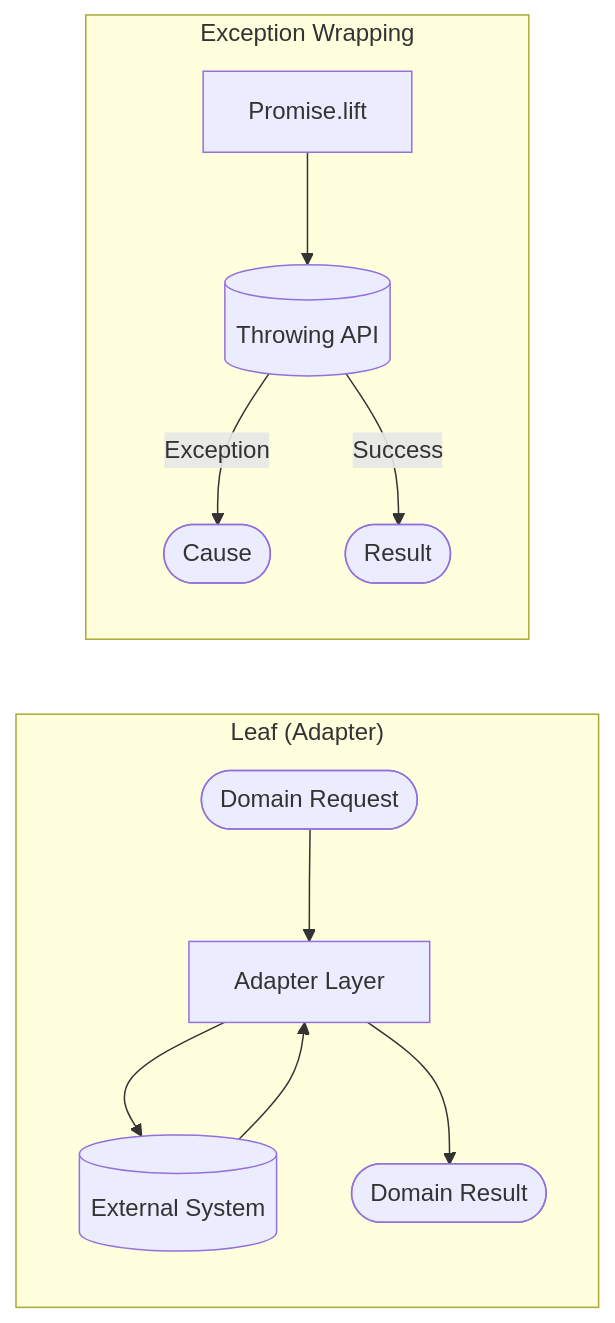
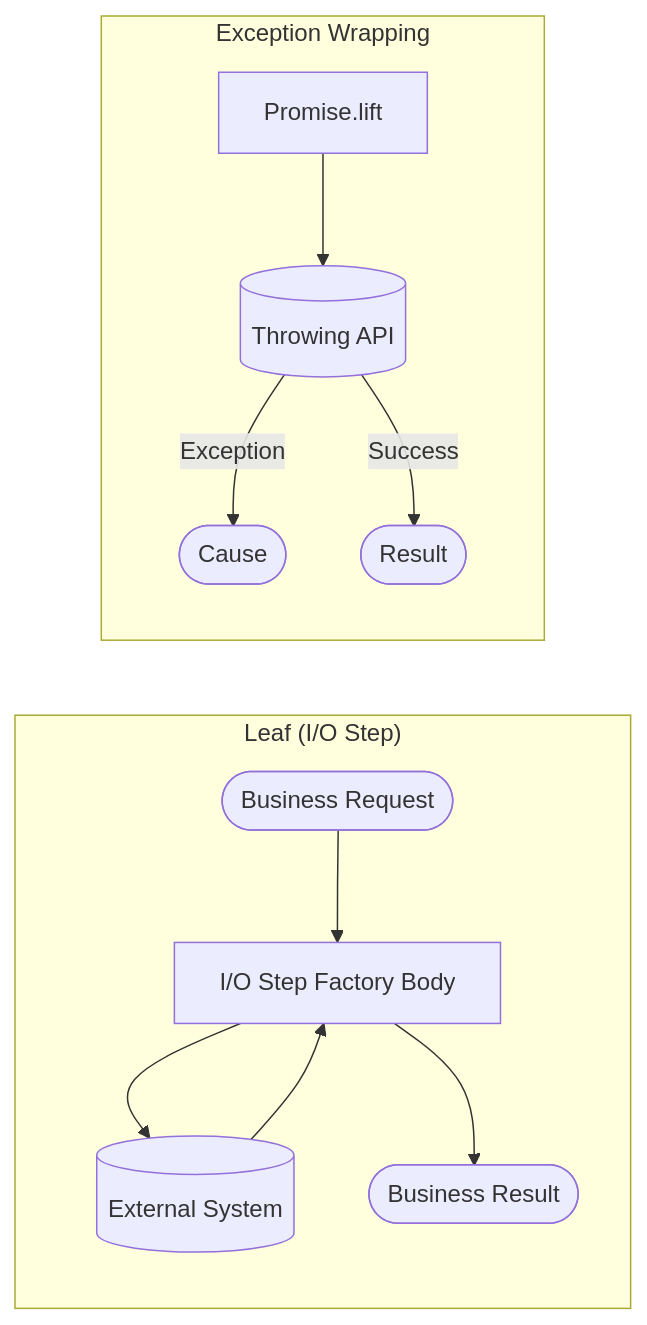
The sixth of 18 diagrams in book/diagrams.md (siy/coding-technology), drawn with Mermaid before and after one commit. The commit also changed other lines of this file and 76 other files, not shown here.

````diff
--- a/book/diagrams.md
+++ b/book/diagrams.md
@@ -134,15 +134,15 @@
 ```mermaid
 flowchart LR
-    subgraph Leaf["Leaf (Adapter)"]
-        Input([Domain Request]) --> Adapter[Adapter Layer]
-        Adapter --> External[(External System)]
-        External --> Adapter
-        Adapter --> Output([Domain Result])
+    subgraph Leaf["Leaf (I/O Step)"]
+        Input([Business Request]) --> IOStep[I/O Step Factory Body]
+        IOStep --> External[(External System)]
+        External --> IOStep
+        IOStep --> Output([Business Result])
     end
 
     subgraph Wrapping["Exception Wrapping"]
         Try[Promise.lift] --> External2[(Throwing API)]
         External2 -->|Exception| Cause([Cause])
         External2 -->|Success| Result([Result])
     end
 ```
````
